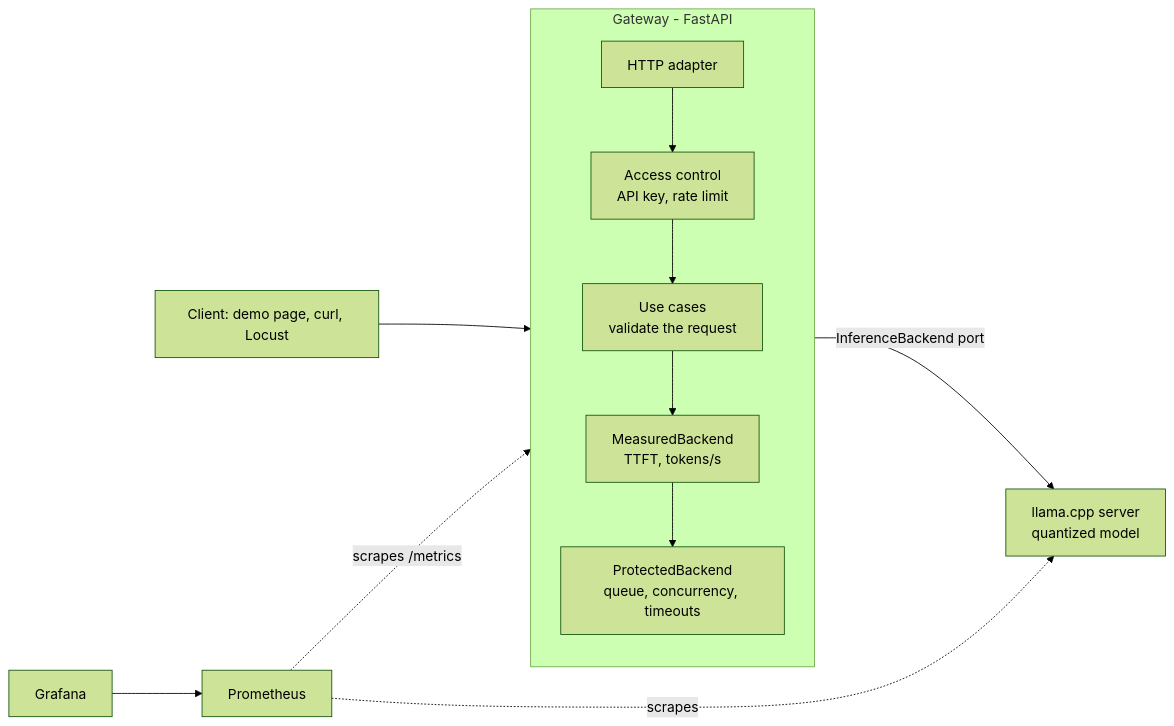
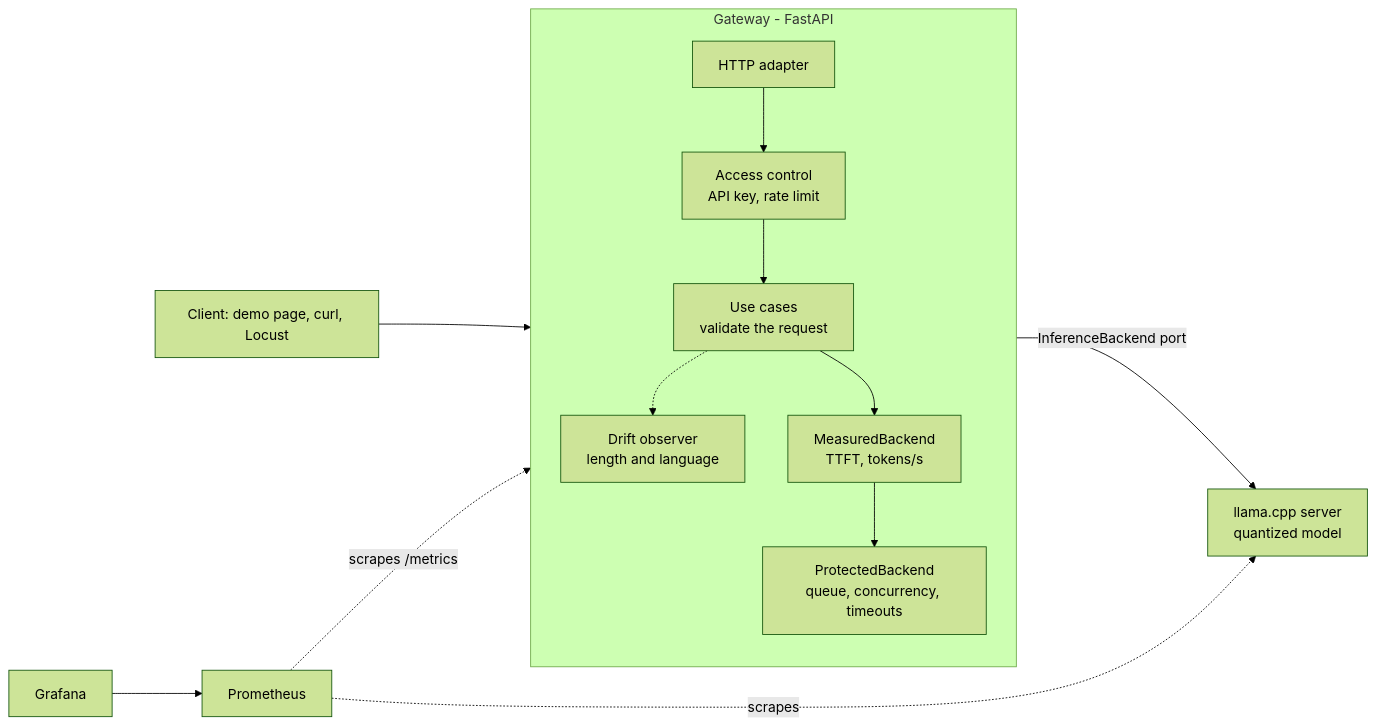
One commit to Juanangara/tokenscope changed the diagram in README.md. Above: the diagram before and after it, drawn with Mermaid (forest theme). The commit also changed other lines of this file and 29 other files, not shown here.

First line of the commit message:
Phase 10: prompt drift detection (length and language, PSI) with alert and dashboard

````diff
--- a/README.md
+++ b/README.md
@@ -16,15 +17,16 @@
 ```mermaid
 flowchart LR
     C[Client: demo page, curl, Locust] --> API
     subgraph G[Gateway - FastAPI]
         direction TB
         API[HTTP adapter] --> AC[Access control<br/>API key, rate limit]
         AC --> UC[Use cases<br/>validate the request]
+        UC -.-> D[Drift observer<br/>length and language]
         UC --> M[MeasuredBackend<br/>TTFT, tokens/s]
         M --> P[ProtectedBackend<br/>queue, concurrency, timeouts]
     end
     P -->|InferenceBackend port| L[llama.cpp server<br/>quantized model]
     PR[Prometheus] -.->|scrapes /metrics| G
     PR -.->|scrapes| L
     GR[Grafana] --> PR
 ```
````
